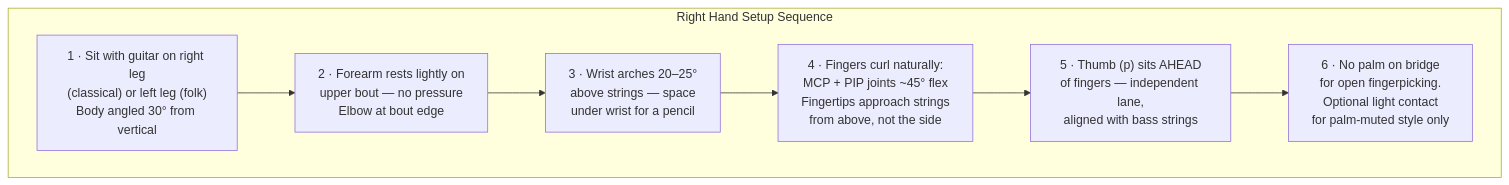
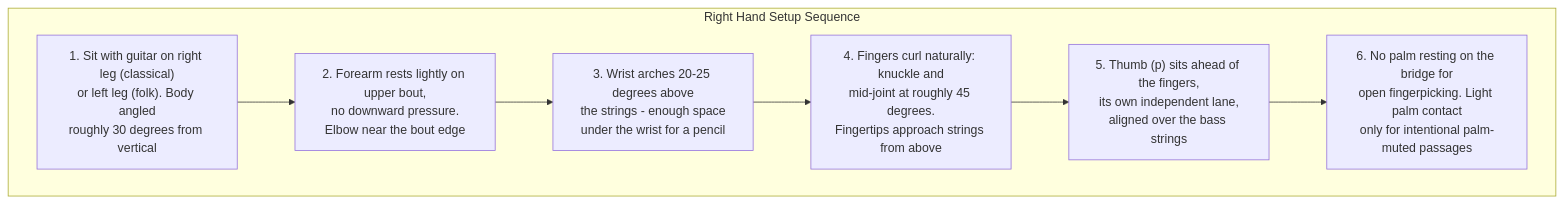
The second of 5 diagrams in topics/arts/music_performance/acoustic_guitar/lesson_03_scales_and_fingerpicking.md (blebleblee/synapse), drawn with Mermaid before and after one commit. The commit also changed other lines of this file and 4 other files, not shown here.

````diff
--- a/topics/arts/music_performance/acoustic_guitar/lesson_03_scales_and_fingerpicking.md
+++ b/topics/arts/music_performance/acoustic_guitar/lesson_03_scales_and_fingerpicking.md
@@ -162,12 +152,12 @@
 ```mermaid
 flowchart TD
     subgraph sub_rh ["Right Hand Setup Sequence"]
-        A["1 · Sit with guitar on right leg\n(classical) or left leg (folk)\nBody angled 30° from vertical"]
-        B["2 · Forearm rests lightly on\nupper bout — no pressure\nElbow at bout edge"]
-        C["3 · Wrist arches 20–25°\nabove strings — space\nunder wrist for a pencil"]
-        D["4 · Fingers curl naturally:\nMCP + PIP joints ~45° flex\nFingertips approach strings\nfrom above, not the side"]
-        E["5 · Thumb (p) sits AHEAD\nof fingers — independent lane,\naligned with bass strings"]
-        F["6 · No palm on bridge\nfor open fingerpicking.\nOptional light contact\nfor palm-muted style only"]
+        A["1. Sit with guitar on right leg (classical)<br/>or left leg (folk). Body angled<br/>roughly 30 degrees from vertical"]
+        B["2. Forearm rests lightly on upper bout,<br/>no downward pressure.<br/>Elbow near the bout edge"]
+        C["3. Wrist arches 20-25 degrees above<br/>the strings - enough space<br/>under the wrist for a pencil"]
+        D["4. Fingers curl naturally: knuckle and<br/>mid-joint at roughly 45 degrees.<br/>Fingertips approach strings from above"]
+        E["5. Thumb (p) sits ahead of the fingers,<br/>its own independent lane,<br/>aligned over the bass strings"]
+        F["6. No palm resting on the bridge for<br/>open fingerpicking. Light palm contact<br/>only for intentional palm-muted passages"]
         A --> B --> C --> D --> E --> F
     end
 ```
````
